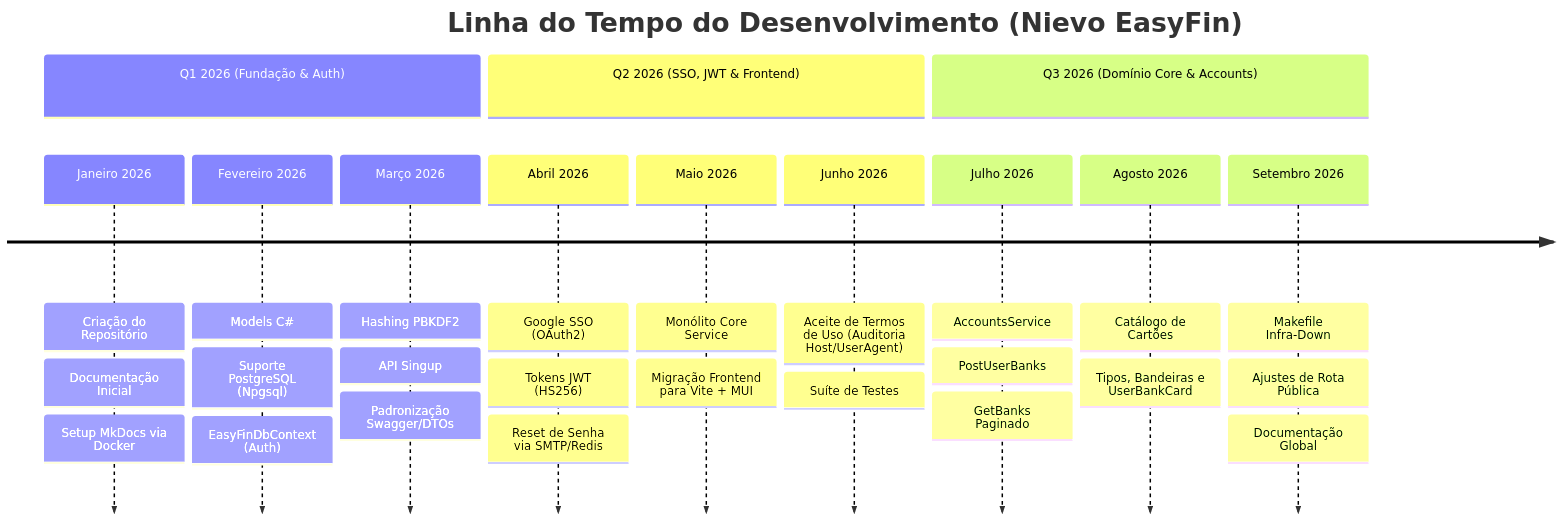
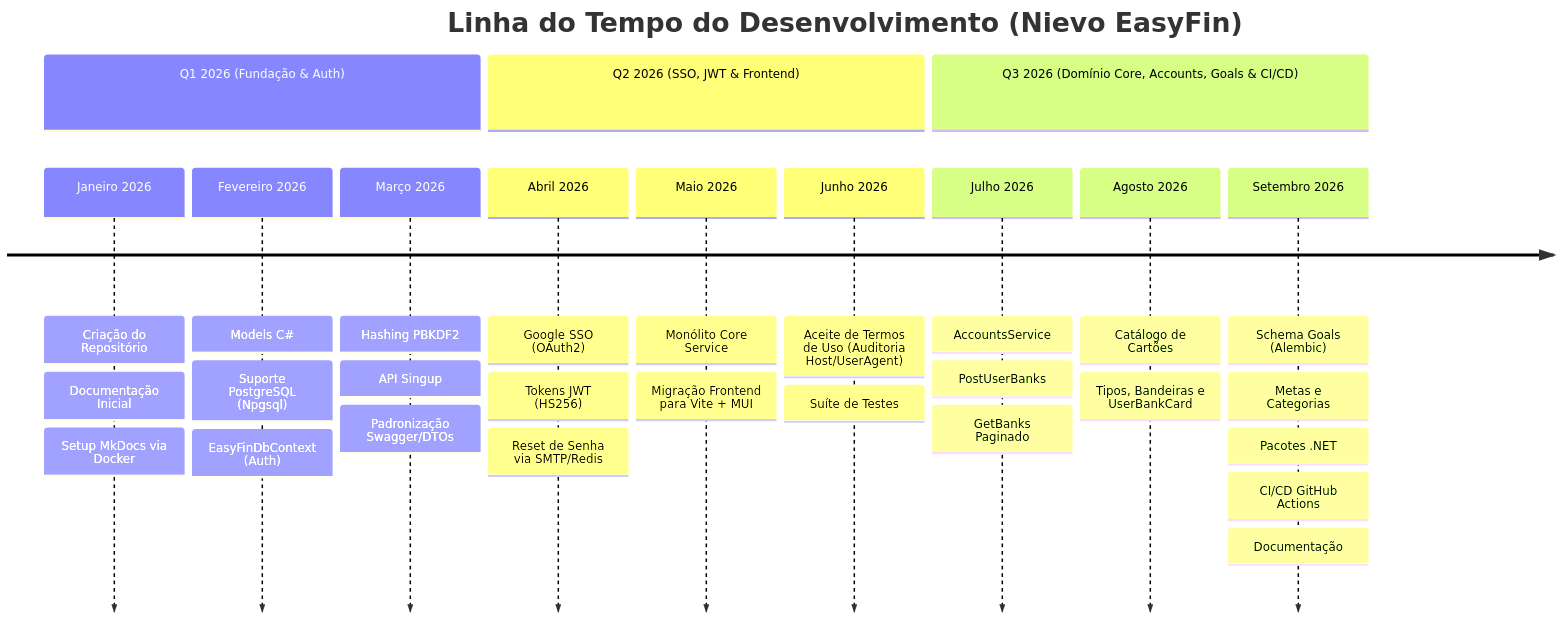
Before and after one commit to pedrovtof/Nievo-easy-fin: the diagram in docs/config/docs/content/AtualizacoesHistorico/intro.md, drawn with Mermaid. The commit also changed other lines of this file and 12 other files, not shown here.

````diff
--- a/docs/config/docs/content/AtualizacoesHistorico/intro.md
+++ b/docs/config/docs/content/AtualizacoesHistorico/intro.md
@@ -9,16 +9,16 @@
 ```mermaid
 timeline
     title Linha do Tempo do Desenvolvimento (Nievo EasyFin)
     section Q1 2026 (Fundação & Auth)
         Janeiro 2026 : Criação do Repositório : Documentação Inicial : Setup MkDocs via Docker
         Fevereiro 2026 : Models C# : Suporte PostgreSQL (Npgsql) : EasyFinDbContext (Auth)
         Março 2026 : Hashing PBKDF2 : API Singup : Padronização Swagger/DTOs
     section Q2 2026 (SSO, JWT & Frontend)
         Abril 2026 : Google SSO (OAuth2) : Tokens JWT (HS256) : Reset de Senha via SMTP/Redis
         Maio 2026 : Monólito Core Service : Migração Frontend para Vite + MUI
         Junho 2026 : Aceite de Termos de Uso (Auditoria Host/UserAgent) : Suíte de Testes
-    section Q3 2026 (Domínio Core & Accounts)
+    section Q3 2026 (Domínio Core, Accounts, Goals & CI/CD)
         Julho 2026 : AccountsService : PostUserBanks : GetBanks Paginado
         Agosto 2026 : Catálogo de Cartões : Tipos, Bandeiras e UserBankCard
-        Setembro 2026 : Makefile Infra-Down : Ajustes de Rota Pública : Documentação Global
+        Setembro 2026 : Schema Goals (Alembic) : Metas e Categorias : Pacotes .NET : CI/CD GitHub Actions : Documentação
 ```
````
